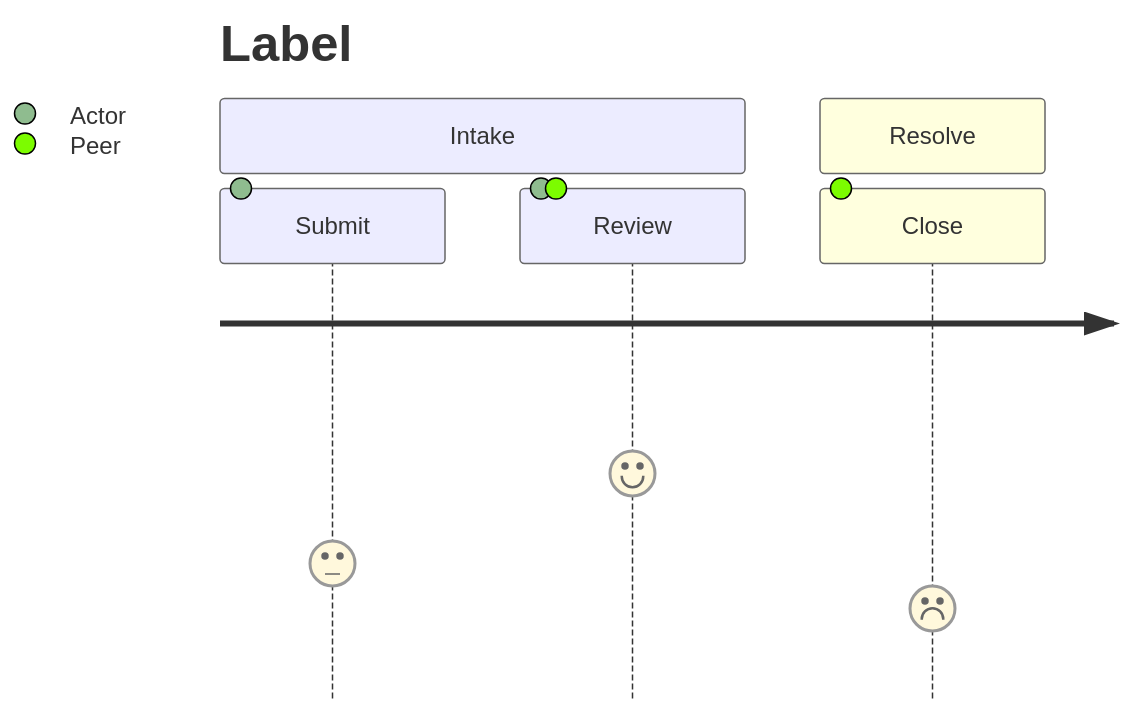
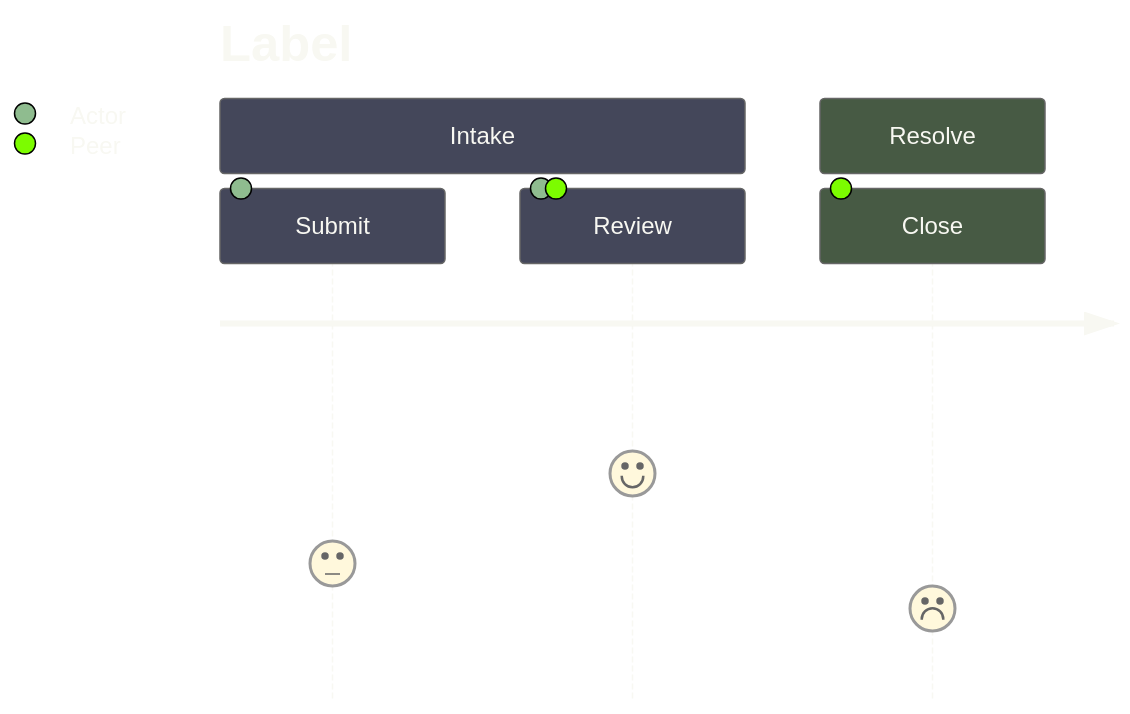
One commit to bsamiee/Rasm changed the third of 21 diagrams in .claude/skills/mermaid-diagramming/references/syntax-extended.md. Above: the diagram before and after it, drawn with Mermaid. The commit also changed other lines of this file and 27 other files, not shown here.

````diff
--- a/.claude/skills/mermaid-diagramming/references/syntax-extended.md
+++ b/.claude/skills/mermaid-diagramming/references/syntax-extended.md
@@ -70,9 +72,19 @@
 ```mermaid
+---
+config:
+  theme: base
+  themeVariables:
+    darkMode: true
+    textColor: "#F8F8F2"
+    titleColor: "#F8F8F2"
+    primaryColor: "#44475A"
+    primaryTextColor: "#F8F8F2"
+---
 journey
   title Label
   section Intake
     Submit: 3: Actor
     Review: 5: Actor, Peer
   section Resolve
     Close: 2: Peer
 ```
````
